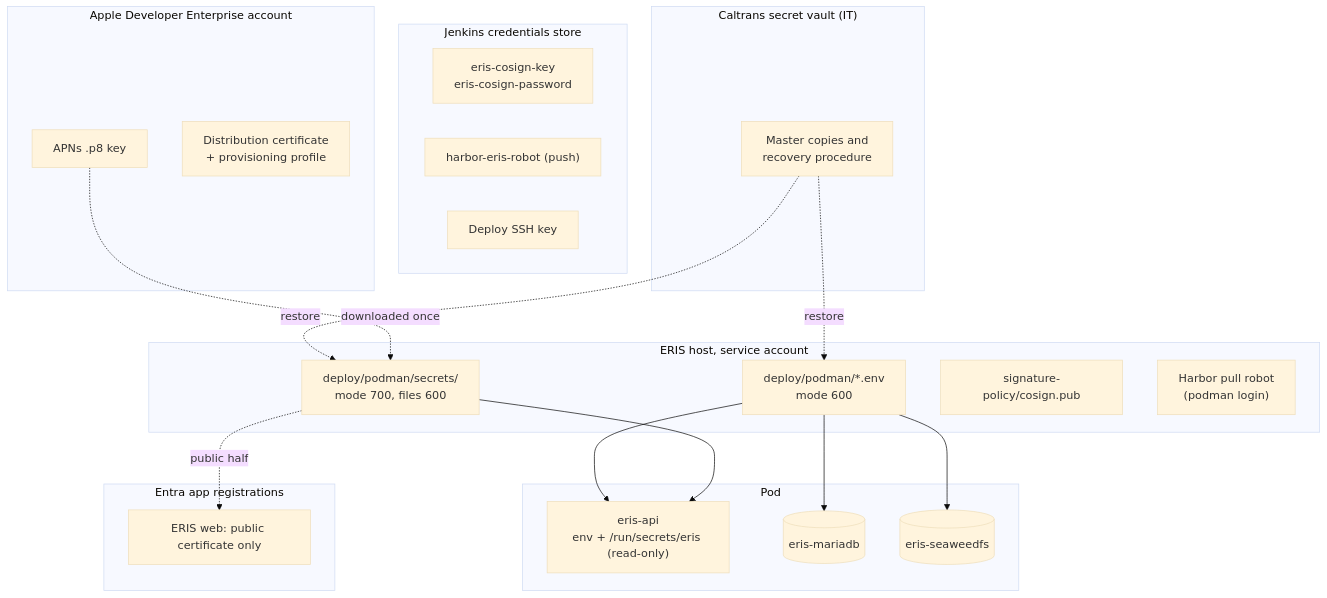
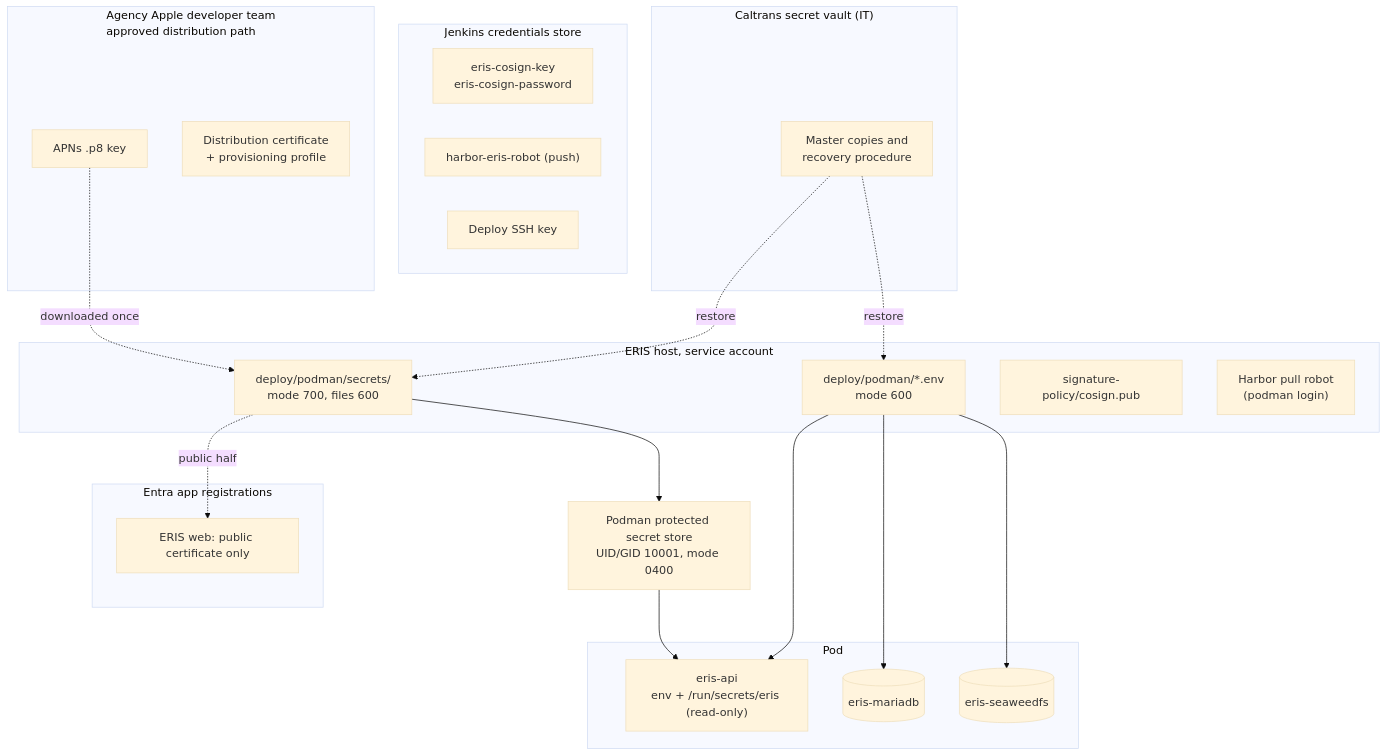
Before and after one commit to Alexeitor292/ERIS_REACT_native: the diagram in docs/security/secrets-and-keys.md, drawn with Mermaid (base theme). The commit also changed other lines of this file and 42 other files, not shown here.

````diff
--- a/docs/security/secrets-and-keys.md
+++ b/docs/security/secrets-and-keys.md
@@ -9,37 +9,37 @@
 ```mermaid
 flowchart TB
     subgraph vault["Caltrans secret vault (IT)"]
         master["Master copies and<br/>recovery procedure"]
     end
     subgraph jenkins["Jenkins credentials store"]
         cosign["eris-cosign-key<br/>eris-cosign-password"]
         robot["harbor-eris-robot (push)"]
         ssh["Deploy SSH key"]
     end
     subgraph host["ERIS host, service account"]
         envs["deploy/podman/*.env<br/>mode 600"]
         secretsdir["deploy/podman/secrets/<br/>mode 700, files 600"]
         pub["signature-policy/cosign.pub"]
         auth["Harbor pull robot<br/>(podman login)"]
     end
     subgraph pod["Pod"]
         api["eris-api<br/>env + /run/secrets/eris (read-only)"]
         db[("eris-mariadb")]
         s3[("eris-seaweedfs")]
     end
-    subgraph apple["Apple Developer Enterprise account"]
+    subgraph apple["Agency Apple developer team<br/>approved distribution path"]
         apnskey["APNs .p8 key"]
         dist["Distribution certificate<br/>+ provisioning profile"]
     end
     subgraph entraapp["Entra app registrations"]
         cert["ERIS web: public certificate only"]
     end
     master -. restore .-> envs
     master -. restore .-> secretsdir
     envs --> api
     envs --> db
     envs --> s3
-    secretsdir --> api
+    secretsdir --> native["Podman protected secret store<br/>UID/GID 10001, mode 0400"] --> api
     apnskey -. downloaded once .-> secretsdir
     secretsdir -. public half .-> cert
 ```
````
